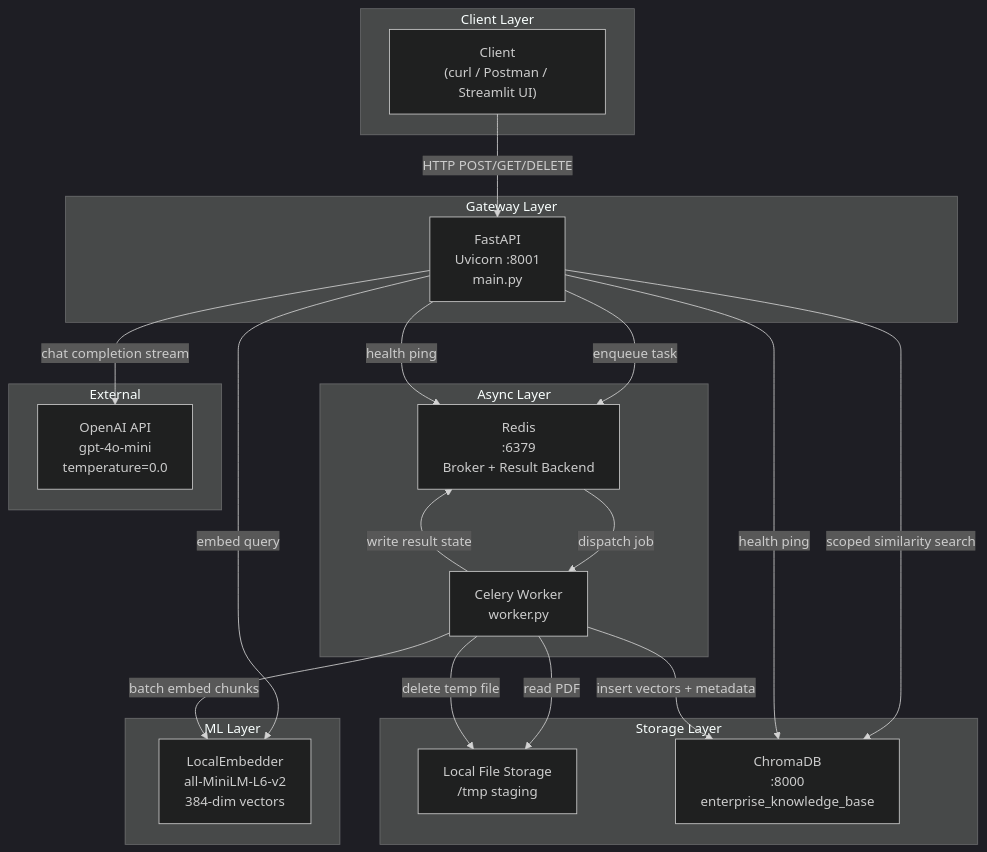
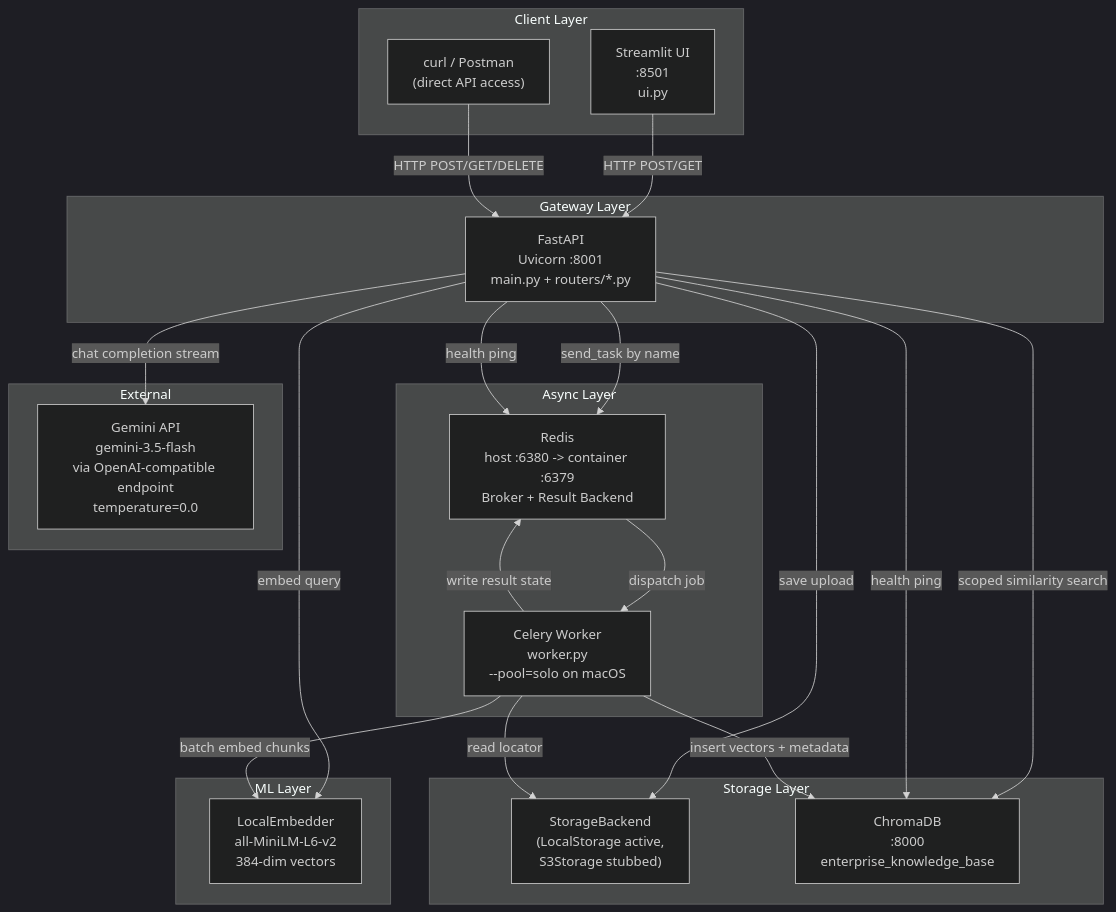
The first of 8 diagrams in architecture.md (ayan711/multi-tenant-rag-pipeline), drawn with Mermaid (dark theme) before and after one commit. The commit also changed other lines of this file and 22 other files, not shown here.

First line of the commit message:
Add async task dispatch, status endpoint, and system validation

````diff
--- a/architecture.md
+++ b/architecture.md
@@ -9,43 +14,45 @@
 ```mermaid
 flowchart TB
     subgraph Client Layer
-        CL["Client\n(curl / Postman / Streamlit UI)"]
+        CL["Streamlit UI\n:8501\nui.py"]
+        RAW["curl / Postman\n(direct API access)"]
     end
 
     subgraph Gateway Layer
-        API["FastAPI\nUvicorn :8001\nmain.py"]
+        API["FastAPI\nUvicorn :8001\nmain.py + routers/*.py"]
     end
 
     subgraph Async Layer
-        RD["Redis\n:6379\nBroker + Result Backend"]
-        CW["Celery Worker\nworker.py"]
+        RD["Redis\nhost :6380 -> container :6379\nBroker + Result Backend"]
+        CW["Celery Worker\nworker.py\n--pool=solo on macOS"]
     end
 
     subgraph ML Layer
         EM["LocalEmbedder\nall-MiniLM-L6-v2\n384-dim vectors"]
     end
 
     subgraph Storage Layer
-        FS["Local File Storage\n/tmp staging"]
+        SB["StorageBackend\n(LocalStorage active,\nS3Storage stubbed)"]
         CH["ChromaDB\n:8000\nenterprise_knowledge_base"]
     end
 
     subgraph External
-        OA["OpenAI API\ngpt-4o-mini\ntemperature=0.0"]
+        GM["Gemini API\ngemini-3.5-flash\nvia OpenAI-compatible endpoint\ntemperature=0.0"]
     end
 
-    CL -->|"HTTP POST/GET/DELETE"| API
-    API -->|"enqueue task"| RD
+    CL -->|"HTTP POST/GET"| API
+    RAW -->|"HTTP POST/GET/DELETE"| API
+    API -->|"send_task by name"| RD
     API -->|"embed query"| EM
     API -->|"scoped similarity search"| CH
-    API -->|"chat completion stream"| OA
+    API -->|"chat completion stream"| GM
+    API -->|"save upload"| SB
     API -->|"health ping"| RD
     API -->|"health ping"| CH
 
     RD -->|"dispatch job"| CW
-    CW -->|"read PDF"| FS
+    CW -->|"read locator"| SB
     CW -->|"batch embed chunks"| EM
     CW -->|"insert vectors + metadata"| CH
     CW -->|"write result state"| RD
-    CW -->|"delete temp file"| FS
 ```
````
